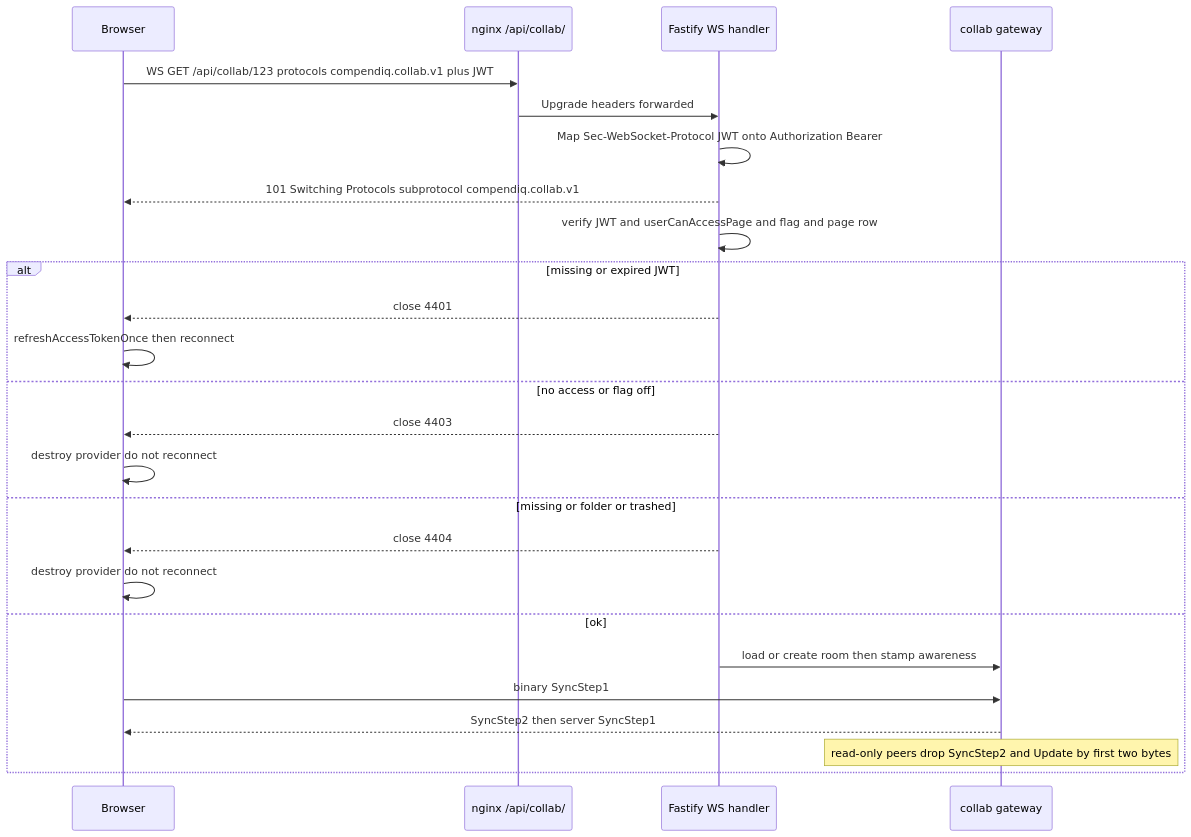
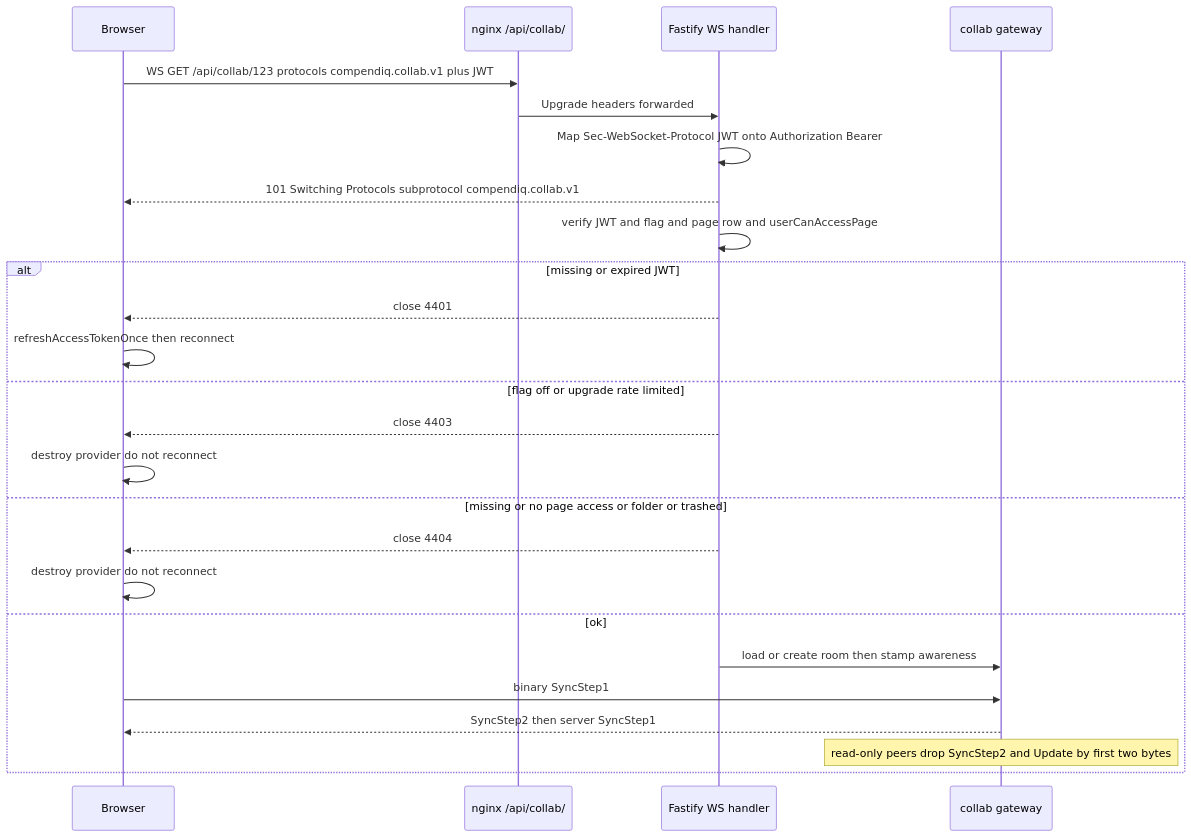
The second of 3 diagrams in docs/architecture/12-realtime-collaboration.md (Compendiq/compendiq-ce), drawn with Mermaid before and after one commit. The commit also changed other lines of this file and 1 other file, not shown here.

Commit message:
docs: collab join close codes and unreadable-page status changes

````diff
--- a/docs/architecture/12-realtime-collaboration.md
+++ b/docs/architecture/12-realtime-collaboration.md
@@ -90,28 +90,28 @@
 ```mermaid
 sequenceDiagram
     participant B as Browser
     participant N as nginx /api/collab/
     participant F as Fastify WS handler
     participant G as collab gateway
 
     B->>N: WS GET /api/collab/123 protocols compendiq.collab.v1 plus JWT
     N->>F: Upgrade headers forwarded
     F->>F: Map Sec-WebSocket-Protocol JWT onto Authorization Bearer
     F-->>B: 101 Switching Protocols subprotocol compendiq.collab.v1
-    F->>F: verify JWT and userCanAccessPage and flag and page row
+    F->>F: verify JWT and flag and page row and userCanAccessPage
     alt missing or expired JWT
         F-->>B: close 4401
         B->>B: refreshAccessTokenOnce then reconnect
-    else no access or flag off
+    else flag off or upgrade rate limited
         F-->>B: close 4403
         B->>B: destroy provider do not reconnect
-    else missing or folder or trashed
+    else missing or no page access or folder or trashed
         F-->>B: close 4404
         B->>B: destroy provider do not reconnect
     else ok
         F->>G: load or create room then stamp awareness
         B->>G: binary SyncStep1
         G-->>B: SyncStep2 then server SyncStep1
         Note over G: read-only peers drop SyncStep2 and Update by first two bytes
     end
 ```
````
